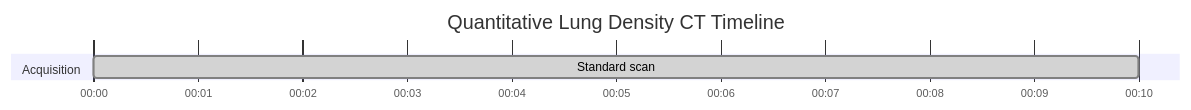
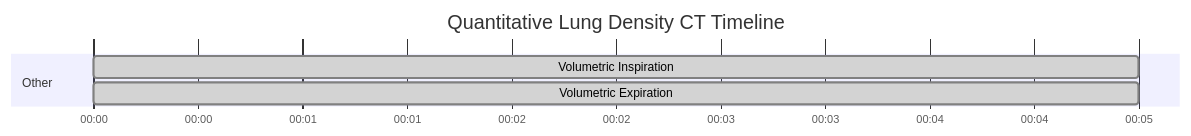
One commit to dfergs93/radiology-protocols changed the diagram in docs/ct/chest/quantitative-lung-density-ct.md. Above: the diagram before and after it, drawn with Mermaid. The commit also changed 101 other files, not shown here.

````diff
--- a/docs/ct/chest/quantitative-lung-density-ct.md
+++ b/docs/ct/chest/quantitative-lung-density-ct.md
@@ -71,13 +71,16 @@
   ```mermaid
   ---
+  displayMode: compact
   config:
     theme: default
+    themeCSS: " #Saline{ fill: #4ed5ff; stroke: #2094f3; } "
   ---
     gantt
       title Quantitative Lung Density CT Timeline
       dateFormat mm:ss
       axisFormat %M:%S 
       
-      section Acquisition
-      Standard scan    :done, scan1, 00:00, 10s
+      section Other
+      Volumetric Inspiration    :done, scan1, 00:00, 5s
+      Volumetric Expiration    :done, scan2, 00:00, 5s
   ```
````
